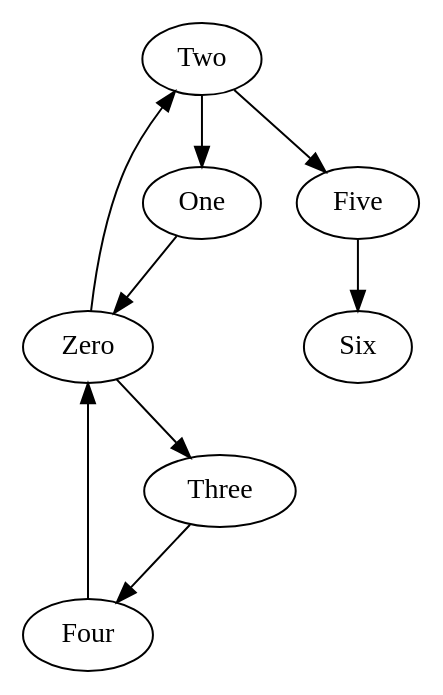
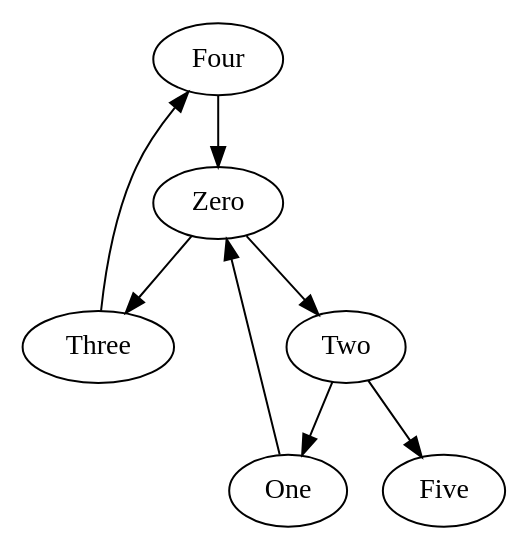
The diagram in project/Graph.dot (Georgilqlq/city_map_project), drawn with Graphviz before and after one commit. The commit also changed 2 other files, not shown here.

```diff
--- a/project/Graph.dot
+++ b/project/Graph.dot
@@ -1,10 +1,9 @@
 digraph visual{
-Five->Six[weight=52];
 Four->Zero[weight=72];
 One->Zero[weight=10];
 Three->Four[weight=19];
 Two->Five[weight=31];
 Two->One[weight=41];
 Zero->Three[weight=15];
 Zero->Two[weight=11];
 }
```
